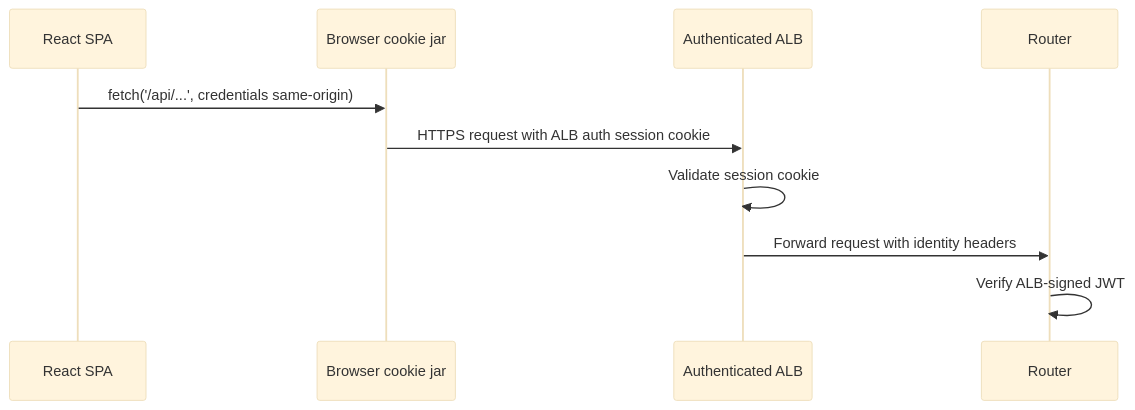
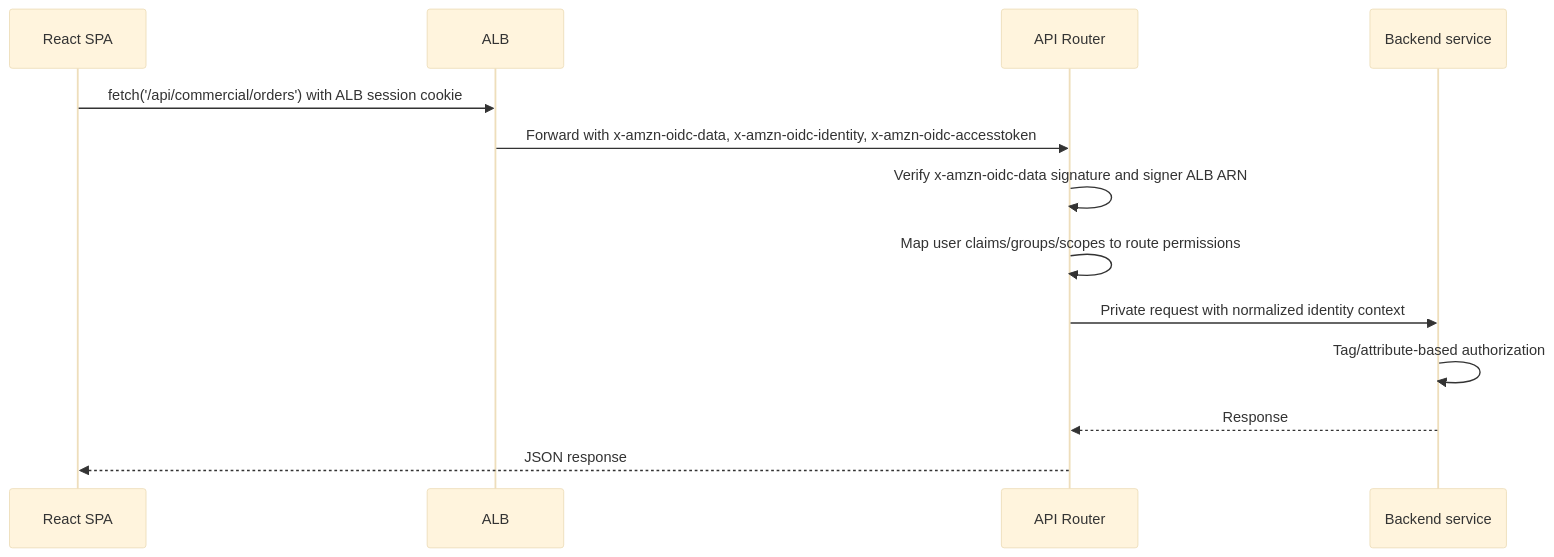
The third of 9 diagrams in aws-govcloud-authenticated-spa-router/index.md (eric-minassian/notes), drawn with Mermaid (base theme) before and after one commit. The commit also changed other lines of this file and 1 other file, not shown here.

````diff
--- a/aws-govcloud-authenticated-spa-router/index.md
+++ b/aws-govcloud-authenticated-spa-router/index.md
@@ -119,13 +115,16 @@
 ```mermaid
 sequenceDiagram
-    participant SPA as React SPA
-    participant Browser as Browser cookie jar
-    participant ALB as Authenticated ALB
-    participant Router as Router
+  participant SPA as React SPA
+  participant ALB as ALB
+  participant R as API Router
+  participant S as Backend service
 
-    SPA->>Browser: fetch('/api/...', credentials same-origin)
-    Browser->>ALB: HTTPS request with ALB auth session cookie
-    ALB->>ALB: Validate session cookie
-    ALB->>Router: Forward request with identity headers
-    Router->>Router: Verify ALB-signed JWT
+  SPA->>ALB: fetch('/api/commercial/orders') with ALB session cookie
+  ALB->>R: Forward with x-amzn-oidc-data, x-amzn-oidc-identity, x-amzn-oidc-accesstoken
+  R->>R: Verify x-amzn-oidc-data signature and signer ALB ARN
+  R->>R: Map user claims/groups/scopes to route permissions
+  R->>S: Private request with normalized identity context
+  S->>S: Tag/attribute-based authorization
+  S-->>R: Response
+  R-->>SPA: JSON response
 ```
````
